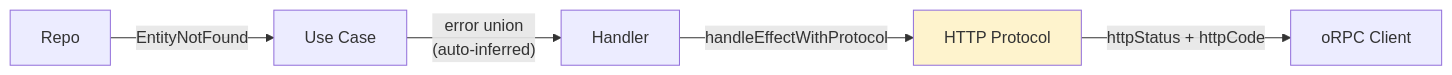
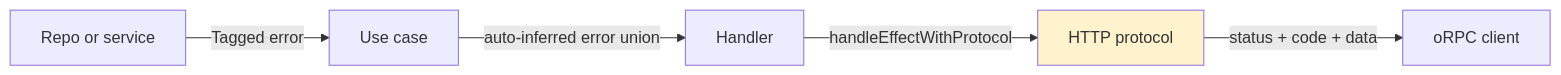
One commit to brandonbryant12/content-studio changed the diagram in docs/patterns/error-handling.md. Above: the diagram before and after it, drawn with Mermaid. The commit also changed other lines of this file and 109 other files, not shown here.

````diff
--- a/docs/patterns/error-handling.md
+++ b/docs/patterns/error-handling.md
@@ -3,8 +3,8 @@
 ```mermaid
 flowchart LR
-  R[Repo] -->|"EntityNotFound"| UC[Use Case]
-  UC -->|"error union<br/>(auto-inferred)"| H[Handler]
-  H -->|"handleEffectWithProtocol"| P[HTTP Protocol]
-  P -->|"httpStatus + httpCode"| C[oRPC Client]
+  R[Repo or service] -->|"Tagged error"| UC[Use case]
+  UC -->|"auto-inferred error union"| H[Handler]
+  H -->|"handleEffectWithProtocol"| P[HTTP protocol]
+  P -->|"status + code + data"| C[oRPC client]
   style P fill:#fef3cd
 ```
````
